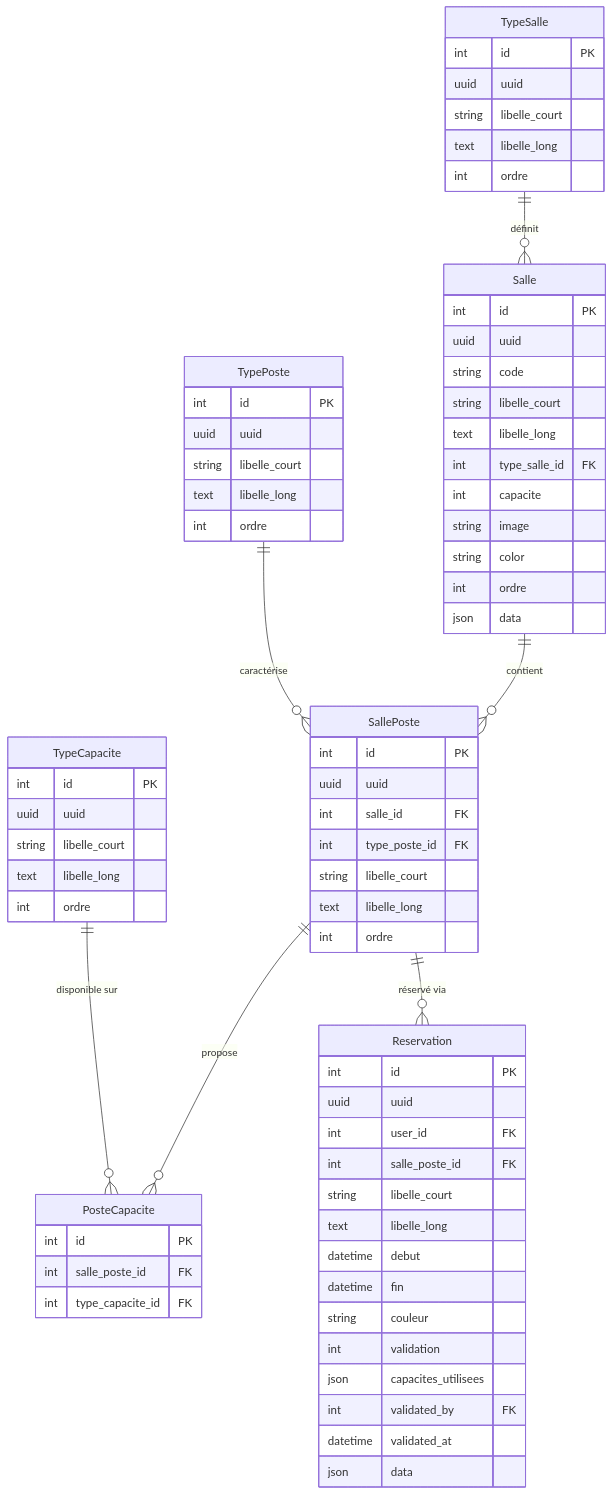
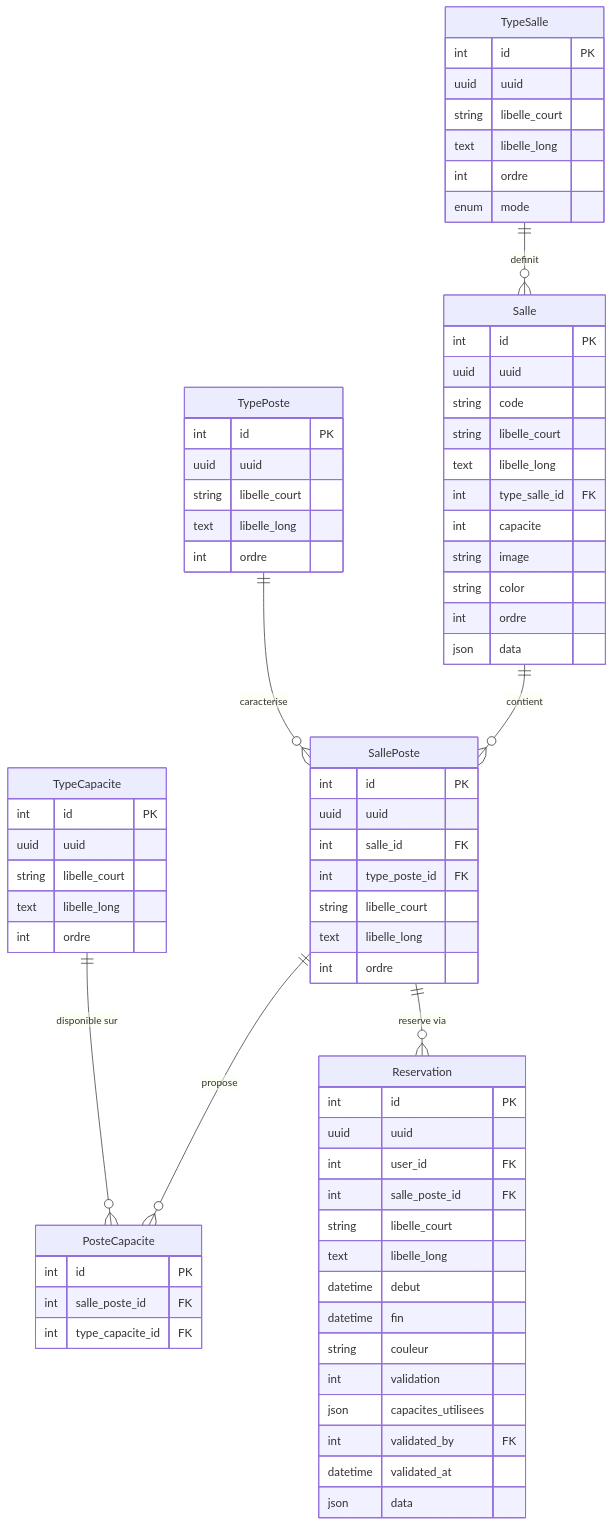
One commit to nawak88/module_resa changed the diagram in resources/docs/base-de-donnees.md. Above: the diagram before and after it, drawn with Mermaid. The commit also changed other lines of this file and 30 other files, not shown here.

````diff
--- a/resources/docs/base-de-donnees.md
+++ b/resources/docs/base-de-donnees.md
@@ -17,74 +19,75 @@
 ```mermaid
 erDiagram
     TypeSalle {
         int id PK
         uuid uuid
         string libelle_court
         text libelle_long
         int ordre
+        enum mode
     }
     Salle {
         int id PK
         uuid uuid
         string code
         string libelle_court
         text libelle_long
         int type_salle_id FK
         int capacite
         string image
         string color
         int ordre
         json data
     }
     TypePoste {
         int id PK
         uuid uuid
         string libelle_court
         text libelle_long
         int ordre
     }
     SallePoste {
         int id PK
         uuid uuid
         int salle_id FK
         int type_poste_id FK
         string libelle_court
         text libelle_long
         int ordre
     }
     TypeCapacite {
         int id PK
         uuid uuid
         string libelle_court
         text libelle_long
         int ordre
     }
     PosteCapacite {
         int id PK
         int salle_poste_id FK
         int type_capacite_id FK
     }
     Reservation {
         int id PK
         uuid uuid
         int user_id FK
         int salle_poste_id FK
         string libelle_court
         text libelle_long
         datetime debut
         datetime fin
         string couleur
         int validation
         json capacites_utilisees
         int validated_by FK
         datetime validated_at
         json data
     }
 
-    TypeSalle ||--o{ Salle : "définit"
+    TypeSalle ||--o{ Salle : "definit"
     Salle ||--o{ SallePoste : "contient"
-    TypePoste ||--o{ SallePoste : "caractérise"
+    TypePoste ||--o{ SallePoste : "caracterise"
     SallePoste ||--o{ PosteCapacite : "propose"
     TypeCapacite ||--o{ PosteCapacite : "disponible sur"
-    SallePoste ||--o{ Reservation : "réservé via"
+    SallePoste ||--o{ Reservation : "reserve via"
 ```
````
